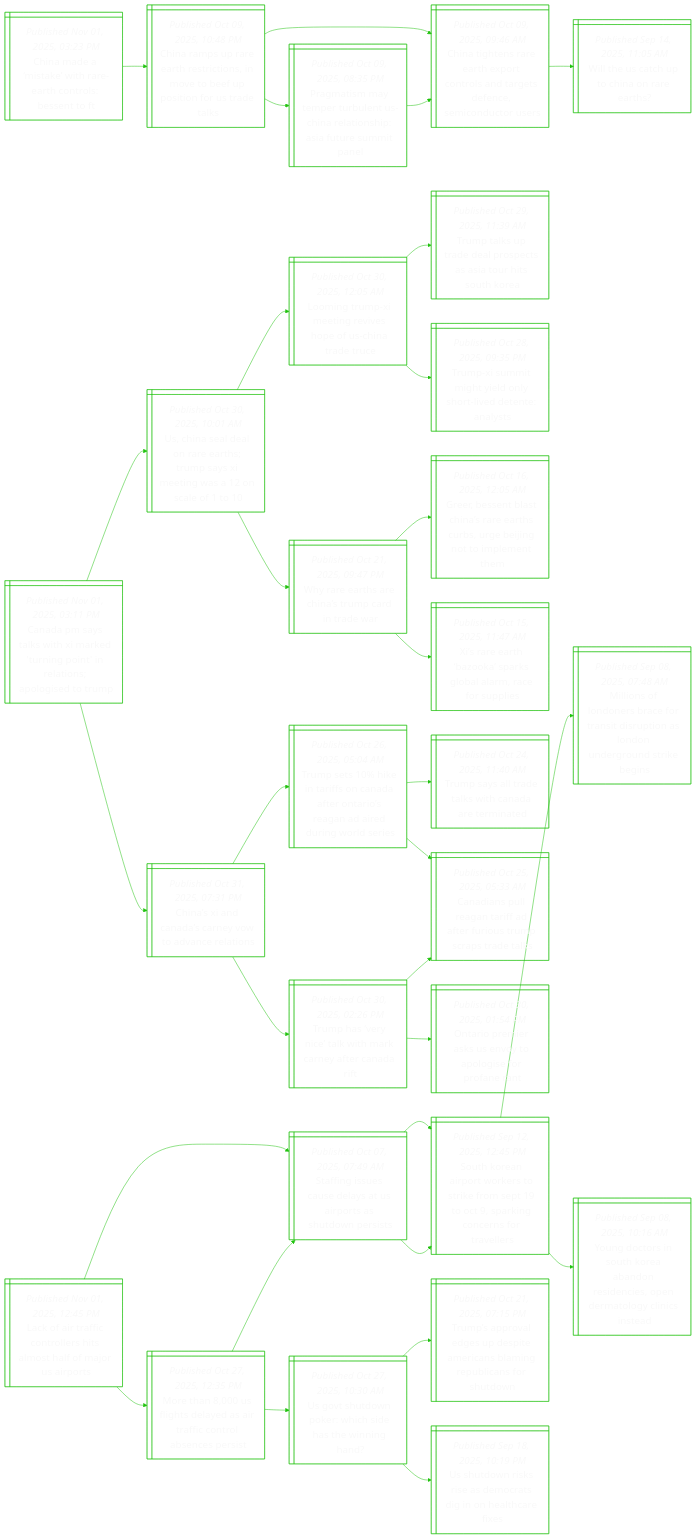
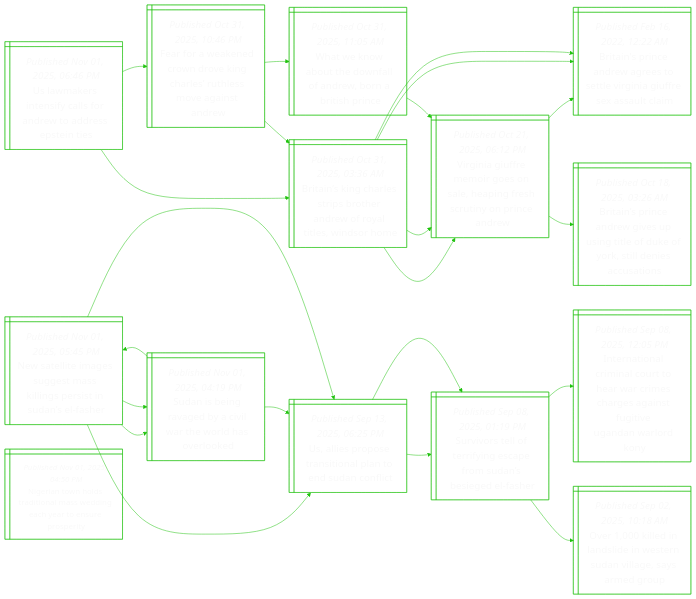
Before and after one commit to notJmes/notJmes: the diagram in README.md, drawn with Mermaid. The commit also changed other lines of this file, not shown here.

````diff
--- a/README.md
+++ b/README.md
@@ -16,103 +16,79 @@
 flowchart LR
 classDef txtsize font-size:20px;
 
-Cmmkhecost@{ shape: win-pane, label: "_Published Nov 01, 2025, 03:23 PM_
-China made a ‘mistake’ with rare-earth controls: bessent to ft" }
-Cruehromouiftt@{ shape: win-pane, label: "_Published Oct 09, 2025, 10:48 PM_
-China ramps up rare earth restrictions, in move to beef up position for us trade talks" }
-Ctertonsasnmdrs@{ shape: win-pane, label: "_Published Oct 09, 2025, 09:46 AM_
-China tightens rare earth export controls and targets defence, semiconductor users" }
-Whapira@{ shape: win-pane, label: "_Published Sep 14, 2025, 11:05 AM_
-Will the us catch up to china on rare earths?" }
-PammueCriiarmn@{ shape: win-pane, label: "_Published Oct 09, 2025, 08:35 PM_
-Pragmatism may temper turbulent us-china relationship: asia future summit panel" }
-Ctertonsasnmdrs@{ shape: win-pane, label: "_Published Oct 09, 2025, 09:46 AM_
-China tightens rare earth export controls and targets defence, semiconductor users" }
+Umsncfdoest@{ shape: win-pane, label: "_Published Nov 01, 2025, 06:46 PM_
+Us lawmakers intensify calls for andrew to address epstein ties" }
+Binrtberrtssm@{ shape: win-pane, label: "_Published Oct 31, 2025, 03:36 AM_
+Britain’s king charles strips brother andrew of royal titles, windsor home" }
+Vnumroeieryin@{ shape: win-pane, label: "_Published Oct 21, 2025, 06:12 PM_
+Virginia giuffre memoir goes on sale, heaping fresh scrutiny on prince andrew" }
+Biinastiifeal@{ shape: win-pane, label: "_Published Feb 16, 2022, 12:22 AM_
+Britain's prince andrew agrees to settle virginia giuffre sex assault claim" }
+BiingunluYteaas@{ shape: win-pane, label: "_Published Oct 18, 2025, 03:26 AM_
+Britain’s prince andrew gives up using title of duke of york, still denies accusations" }
+Biinastiifeal@{ shape: win-pane, label: "_Published Feb 16, 2022, 12:22 AM_
+Britain's prince andrew agrees to settle virginia giuffre sex assault claim" }
+FoadneCehmgte@{ shape: win-pane, label: "_Published Oct 31, 2025, 10:46 PM_
+Fear for a weakened crown drove king charles’ ruthless move against andrew" }
+Binrtberrtssm@{ shape: win-pane, label: "_Published Oct 31, 2025, 03:36 AM_
+Britain’s king charles strips brother andrew of royal titles, windsor home" }
+Vnumroeieryin@{ shape: win-pane, label: "_Published Oct 21, 2025, 06:12 PM_
+Virginia giuffre memoir goes on sale, heaping fresh scrutiny on prince andrew" }
+Biinastiifeal@{ shape: win-pane, label: "_Published Feb 16, 2022, 12:22 AM_
+Britain's prince andrew agrees to settle virginia giuffre sex assault claim" }
+Weatwldorhc@{ shape: win-pane, label: "_Published Oct 31, 2025, 11:05 AM_
+What we know about the downfall of andrew, born a british prince" }
+Vnumroeieryin@{ shape: win-pane, label: "_Published Oct 21, 2025, 06:12 PM_
+Virginia giuffre memoir goes on sale, heaping fresh scrutiny on prince andrew" }
 
-Cmmkhecost:::txtsize --> Cruehromouiftt:::txtsize
-Cruehromouiftt:::txtsize --> Ctertonsasnmdrs:::txtsize
-Ctertonsasnmdrs:::txtsize --> Whapira:::txtsize
-Cruehromouiftt:::txtsize --> PammueCriiarmn:::txtsize
-PammueCriiarmn:::txtsize --> Ctertonsasnmdrs:::txtsize
+Umsncfdoest:::txtsize --> Binrtberrtssm:::txtsize
+Binrtberrtssm:::txtsize --> Vnumroeieryin:::txtsize
+Vnumroeieryin:::txtsize --> Biinastiifeal:::txtsize
+Vnumroeieryin:::txtsize --> BiingunluYteaas:::txtsize
+Binrtberrtssm:::txtsize --> Biinastiifeal:::txtsize
+Umsncfdoest:::txtsize --> FoadneCehmgte:::txtsize
+FoadneCehmgte:::txtsize --> Binrtberrtssm:::txtsize
+Binrtberrtssm:::txtsize --> Vnumroeieryin:::txtsize
+Binrtberrtssm:::txtsize --> Biinastiifeal:::txtsize
+FoadneCehmgte:::txtsize --> Weatwldorhc:::txtsize
+Weatwldorhc:::txtsize --> Vnumroeieryin:::txtsize
 
-Caykhrugtlnler@{ shape: win-pane, label: "_Published Nov 01, 2025, 03:11 PM_
-Canada pm says talks with xi marked 'turning point' in relations; apologised to trump" }
-Unloehmsewne@{ shape: win-pane, label: "_Published Oct 30, 2025, 10:01 AM_
-Us, china seal deal on rare earths; trump says xi meeting was a 12 on scale of 1 to 10" }
-LnmegvpSaee@{ shape: win-pane, label: "_Published Oct 30, 2025, 12:05 AM_
-Looming trump-xi meeting revives hope of us-china trade truce" }
-Ttudlpaahoo@{ shape: win-pane, label: "_Published Oct 29, 2025, 11:39 AM_
-Trump talks up trade deal prospects as asia tour hits south korea" }
-TXmgelreent@{ shape: win-pane, label: "_Published Oct 28, 2025, 09:35 PM_
-Trump-xi summit might yield only short-lived detente: analysts" }
-Wrteamdar@{ shape: win-pane, label: "_Published Oct 21, 2025, 09:47 PM_
-Why rare earths are china’s trump card in trade war" }
-GBnsnrtrgjomee@{ shape: win-pane, label: "_Published Oct 16, 2025, 12:05 AM_
-Greer, bessent blast china’s rare earths curbs, urge beijing not to implement them" }
-Xrtopglmfps@{ shape: win-pane, label: "_Published Oct 15, 2025, 11:47 AM_
-Xi’s rare earth ‘bazooka’ sparks global alarm, race for supplies" }
-Csddrodet@{ shape: win-pane, label: "_Published Oct 31, 2025, 07:31 PM_
-China’s xi and canada’s carney vow to advance relations" }
-TsitfaaOiaddnli@{ shape: win-pane, label: "_Published Oct 26, 2025, 05:04 AM_
-Trump sets 10% hike in tariffs on canada after ontario’s reagan ad aired during world series" }
-Tsldkhdtn@{ shape: win-pane, label: "_Published Oct 24, 2025, 11:40 AM_
-Trump says all trade talks with canada are terminated" }
-Ciuaaaeirctt@{ shape: win-pane, label: "_Published Oct 25, 2025, 05:33 AM_
-Canadians pull reagan tariff ad after furious trump scraps trade talks" }
-Threwarfar@{ shape: win-pane, label: "_Published Oct 30, 2025, 02:26 PM_
-Trump has ‘very nice’ talk with mark carney after canada rift" }
-Ciuaaaeirctt@{ shape: win-pane, label: "_Published Oct 25, 2025, 05:33 AM_
-Canadians pull reagan tariff ad after furious trump scraps trade talks" }
-Oimsetlere@{ shape: win-pane, label: "_Published Oct 30, 2025, 01:54 PM_
-Ontario premier asks us envoy to apologise for profane rant" }
+Nttggmigsnna@{ shape: win-pane, label: "_Published Nov 01, 2025, 05:45 PM_
+New satellite images suggest mass killings persist in sudan’s el-fasher" }
+Sinayitrsld@{ shape: win-pane, label: "_Published Nov 01, 2025, 04:19 PM_
+Sudan is being ravaged by a civil war the world has overlooked" }
+Nttggmigsnna@{ shape: win-pane, label: "_Published Nov 01, 2025, 05:45 PM_
+New satellite images suggest mass killings persist in sudan’s el-fasher" }
+Sinayitrsld@{ shape: win-pane, label: "_Published Nov 01, 2025, 04:19 PM_
+Sudan is being ravaged by a civil war the world has overlooked" }
+Uiotiandnl@{ shape: win-pane, label: "_Published Sep 13, 2025, 06:25 PM_
+Us, allies propose transitional plan to end sudan conflict" }
+Uiotiandnl@{ shape: win-pane, label: "_Published Sep 13, 2025, 06:25 PM_
+Us, allies propose transitional plan to end sudan conflict" }
+SvetfeeSsele@{ shape: win-pane, label: "_Published Sep 08, 2025, 01:19 PM_
+Survivors tell of terrifying escape from sudan’s besieged el-fasher" }
+Uiotiandnl@{ shape: win-pane, label: "_Published Sep 13, 2025, 06:25 PM_
+Us, allies propose transitional plan to end sudan conflict" }
+SvetfeeSsele@{ shape: win-pane, label: "_Published Sep 08, 2025, 01:19 PM_
+Survivors tell of terrifying escape from sudan’s besieged el-fasher" }
+Inniltacsgafiawry@{ shape: win-pane, label: "_Published Sep 08, 2025, 12:05 PM_
+International criminal court to hear war crimes charges against fugitive ugandan warlord kony" }
+OiidesSvgsdp@{ shape: win-pane, label: "_Published Sep 02, 2025, 10:18 AM_
+Over 1,000 killed in landslide in western sudan village, says armed group" }
 
-Caykhrugtlnler:::txtsize --> Unloehmsewne:::txtsize
-Unloehmsewne:::txtsize --> LnmegvpSaee:::txtsize
-LnmegvpSaee:::txtsize --> Ttudlpaahoo:::txtsize
-LnmegvpSaee:::txtsize --> TXmgelreent:::txtsize
-Unloehmsewne:::txtsize --> Wrteamdar:::txtsize
-Wrteamdar:::txtsize --> GBnsnrtrgjomee:::txtsize
-Wrteamdar:::txtsize --> Xrtopglmfps:::txtsize
-Caykhrugtlnler:::txtsize --> Csddrodet:::txtsize
-Csddrodet:::txtsize --> TsitfaaOiaddnli:::txtsize
-TsitfaaOiaddnli:::txtsize --> Tsldkhdtn:::txtsize
-TsitfaaOiaddnli:::txtsize --> Ciuaaaeirctt:::txtsize
-Csddrodet:::txtsize --> Threwarfar:::txtsize
-Threwarfar:::txtsize --> Ciuaaaeirctt:::txtsize
-Threwarfar:::txtsize --> Oimsetlere:::txtsize
+Nttggmigsnna:::txtsize --> Sinayitrsld:::txtsize
+Sinayitrsld:::txtsize --> Nttggmigsnna:::txtsize
+Nttggmigsnna:::txtsize --> Sinayitrsld:::txtsize
+Nttggmigsnna:::txtsize --> Uiotiandnl:::txtsize
+Sinayitrsld:::txtsize --> Uiotiandnl:::txtsize
+Uiotiandnl:::txtsize --> SvetfeeSsele:::txtsize
+Nttggmigsnna:::txtsize --> Uiotiandnl:::txtsize
+Uiotiandnl:::txtsize --> SvetfeeSsele:::txtsize
+SvetfeeSsele:::txtsize --> Inniltacsgafiawry:::txtsize
+SvetfeeSsele:::txtsize --> OiidesSvgsdp:::txtsize
 
-Lfrcrrssfjar@{ shape: win-pane, label: "_Published Nov 01, 2025, 12:45 PM_
-Lack of air traffic controllers hits almost half of major us airports" }
-Sisaeaithws@{ shape: win-pane, label: "_Published Oct 07, 2025, 07:49 AM_
-Staffing issues cause delays at us airports as shutdown persists" }
-SKnortiottkontl@{ shape: win-pane, label: "_Published Sep 12, 2025, 12:45 PM_
-South korean airport workers to strike from sept 19 to oct 9, sparking concerns for travellers" }
-MoLnronitsoeure@{ shape: win-pane, label: "_Published Sep 08, 2025, 07:48 AM_
-Millions of londoners brace for transit disruption as london underground strike begins" }
-Ydroobndenagnnd@{ shape: win-pane, label: "_Published Sep 08, 2025, 10:16 AM_
-Young doctors in south korea abandon residencies, open dermatology clinics instead" }
-Mhftasrcrssi@{ shape: win-pane, label: "_Published Oct 27, 2025, 12:35 PM_
-More than 8,000 us flights delayed as air traffic control absences persist" }
-Sisaeaithws@{ shape: win-pane, label: "_Published Oct 07, 2025, 07:49 AM_
-Staffing issues cause delays at us airports as shutdown persists" }
-SKnortiottkontl@{ shape: win-pane, label: "_Published Sep 12, 2025, 12:45 PM_
-South korean airport workers to strike from sept 19 to oct 9, sparking concerns for travellers" }
-Utdohisig@{ shape: win-pane, label: "_Published Oct 27, 2025, 10:30 AM_
-Us govt shutdown poker: which side has the winning hand?" }
-Tsodpienmeifun@{ shape: win-pane, label: "_Published Oct 21, 2025, 07:15 PM_
-Trump’s approval edges up despite americans blaming republicans for shutdown" }
-Utrrscdolre@{ shape: win-pane, label: "_Published Sep 18, 2025, 10:19 PM_
-Us shutdown risks rise as democrats dig in on healthcare fixes" }
+Niwddnsdaanpe@{ shape: win-pane, label: "_Published Nov 01, 2025, 04:50 PM_
+Nigerian town holds traditional mass wedding each year to ensure prosperity" }
 
-Lfrcrrssfjar:::txtsize --> Sisaeaithws:::txtsize
-Sisaeaithws:::txtsize --> SKnortiottkontl:::txtsize
-SKnortiottkontl:::txtsize --> MoLnronitsoeure:::txtsize
-SKnortiottkontl:::txtsize --> Ydroobndenagnnd:::txtsize
-Lfrcrrssfjar:::txtsize --> Mhftasrcrssi:::txtsize
-Mhftasrcrssi:::txtsize --> Sisaeaithws:::txtsize
-Sisaeaithws:::txtsize --> SKnortiottkontl:::txtsize
-Mhftasrcrssi:::txtsize --> Utdohisig:::txtsize
-Utdohisig:::txtsize --> Tsodpienmeifun:::txtsize
-Utdohisig:::txtsize --> Utrrscdolre:::txtsize
 
 ```
````
